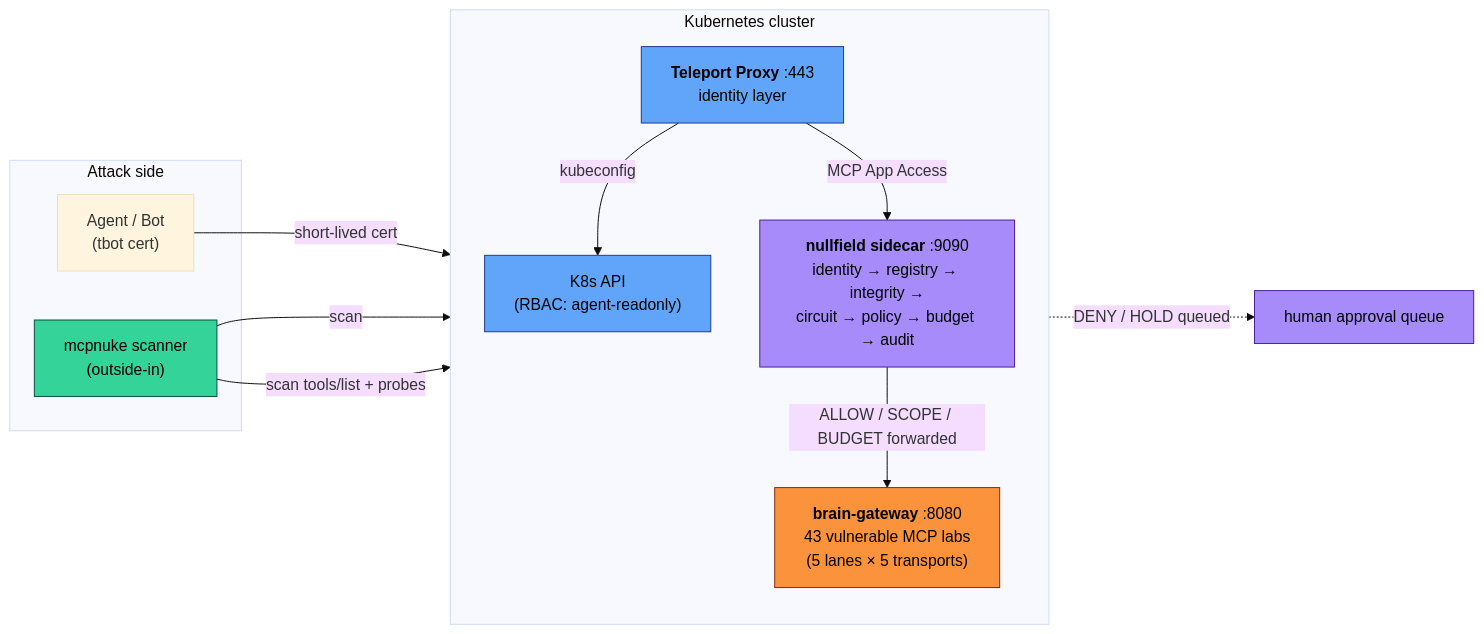
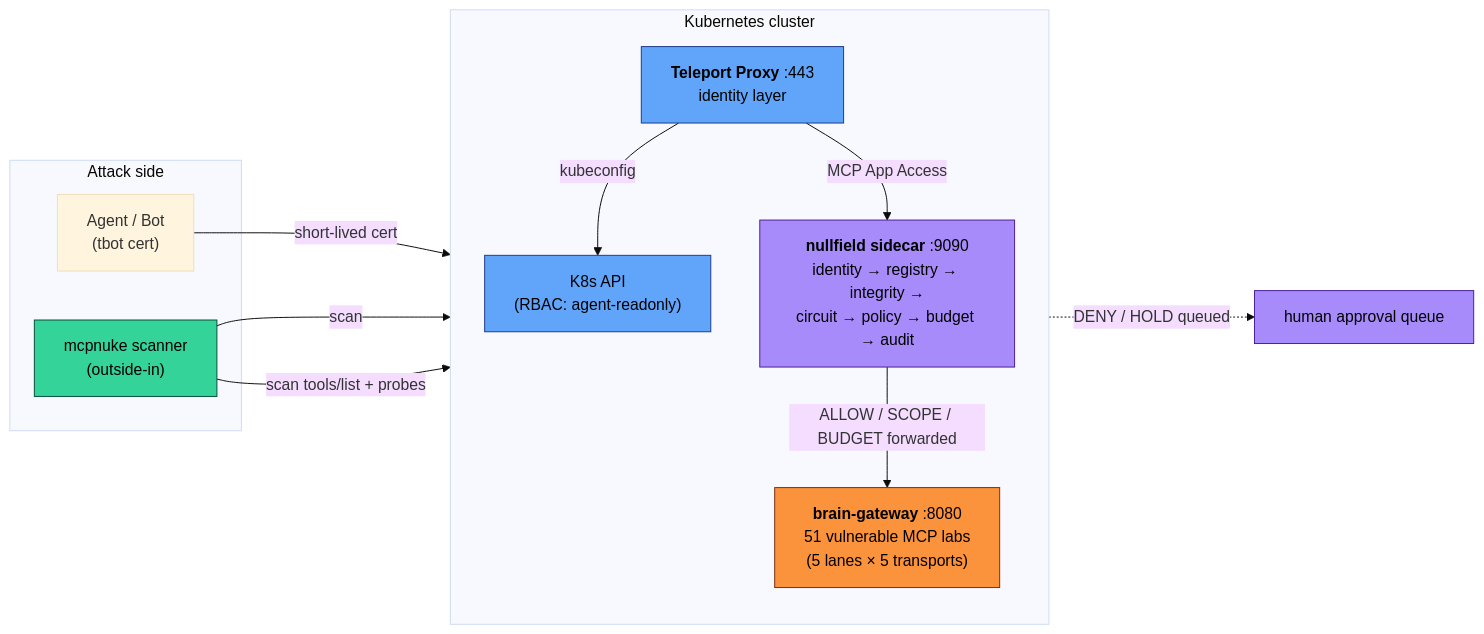
Before and after one commit to babywyrm/agentic-sec: the diagram in docs/ecosystem.md, drawn with Mermaid (base theme). The commit also changed other lines of this file and 2 other files, not shown here.

First line of the commit message:
docs: align all counts to 51 labs, fix stale transport gap text

````diff
--- a/docs/ecosystem.md
+++ b/docs/ecosystem.md
@@ -141,32 +141,32 @@
 ```mermaid
 flowchart LR
   subgraph Attackers["Attack side"]
     BOT["Agent / Bot<br/>(tbot cert)"]
     MCPNUKE["mcpnuke scanner<br/>(outside-in)"]
   end
 
   subgraph Cluster["Kubernetes cluster"]
     direction TB
     TELEPORT["<b>Teleport Proxy</b> :443<br/>identity layer"]
     K8S["K8s API<br/>(RBAC: agent-readonly)"]
     NF["<b>nullfield sidecar</b> :9090<br/>identity → registry → integrity →<br/>circuit → policy → budget → audit"]
-    GW["<b>brain-gateway</b> :8080<br/>43 vulnerable MCP labs<br/>(5 lanes × 5 transports)"]
+    GW["<b>brain-gateway</b> :8080<br/>51 vulnerable MCP labs<br/>(5 lanes × 5 transports)"]
   end
 
   BOT -->|short-lived cert| TELEPORT
   TELEPORT -->|kubeconfig| K8S
   TELEPORT -->|MCP App Access| NF
   NF -->|ALLOW / SCOPE / BUDGET forwarded| GW
   NF -.->|DENY / HOLD queued| HOLDQ["human approval queue"]
   MCPNUKE -->|scan| TELEPORT
   MCPNUKE -->|scan tools/list + probes| GW
 
   classDef identity fill:#60a5fa,stroke:#1e3a8a,color:#000;
   classDef policy   fill:#a78bfa,stroke:#4c1d95,color:#000;
   classDef target   fill:#fb923c,stroke:#7c2d12,color:#000;
   classDef scanner  fill:#34d399,stroke:#064e3b,color:#000;
   class TELEPORT,K8S identity;
   class NF,HOLDQ policy;
   class GW target;
   class MCPNUKE scanner;
 ```
````
